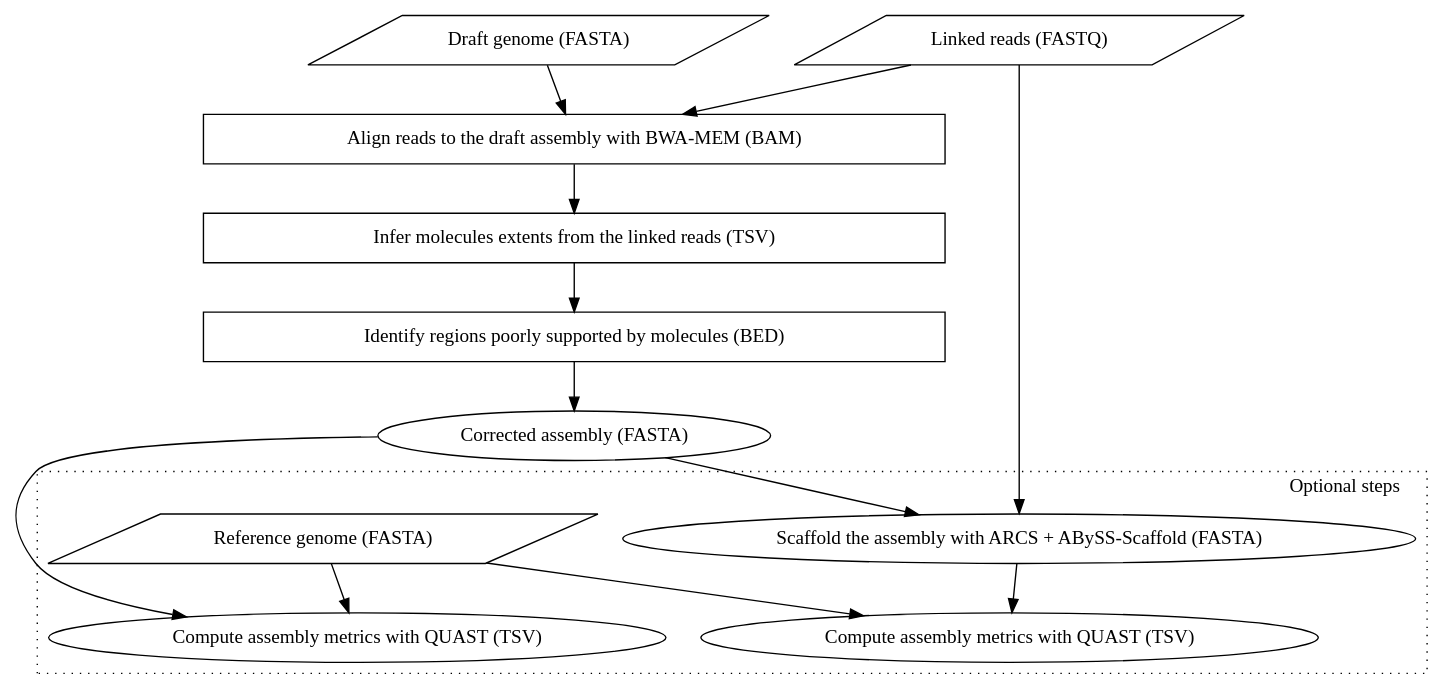
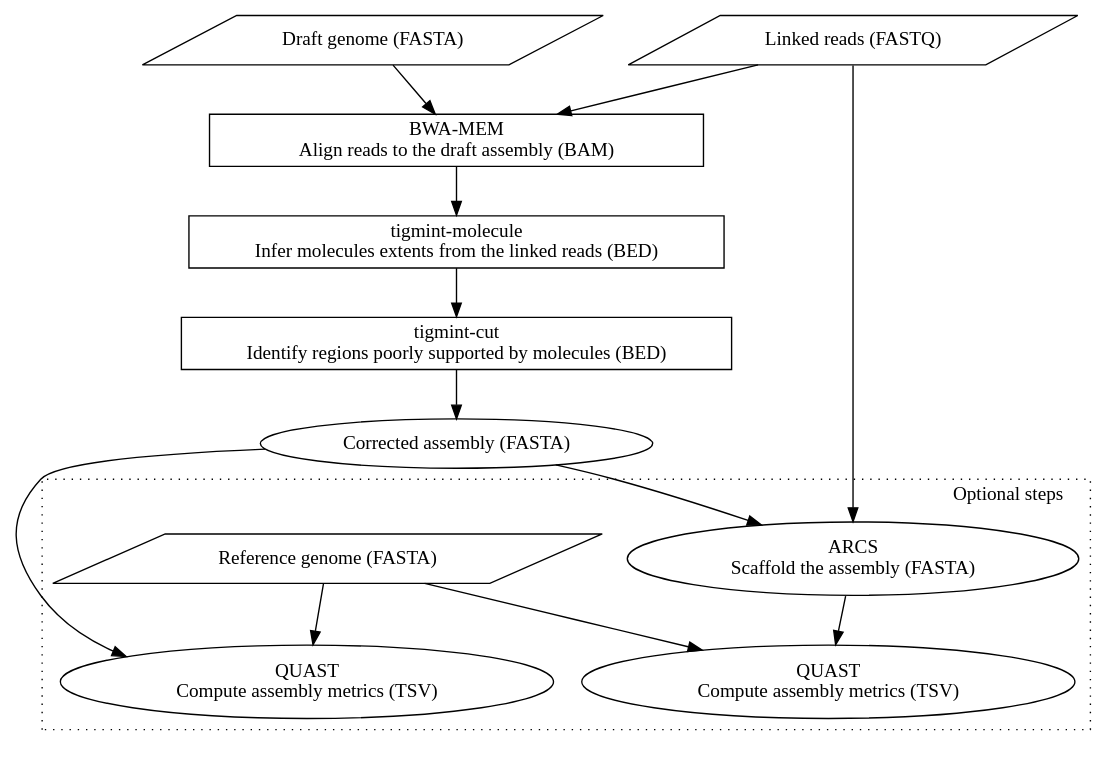
Before and after one commit to bcgsc/tigmint: the diagram in pipeline.gv, drawn with Graphviz.

```diff
--- a/pipeline.gv
+++ b/pipeline.gv
@@ -1,42 +1,42 @@
 digraph {
 	node [shape="rectangle"]
 
 	reads [label="Linked reads (FASTQ)", shape="parallelogram"]
 	draft [label="Draft genome (FASTA)", shape="parallelogram"]
 
 	subgraph {
-		node [width=7.5]
+		node [width=5]
 
-		map [label="Align reads to the draft assembly with BWA-MEM (BAM)"]
-		molecules [label="Infer molecules extents from the linked reads (TSV)"]
-		breakpoints [label="Identify regions poorly supported by molecules (BED)"]
+		map [label="BWA-MEM\nAlign reads to the draft assembly (BAM)"]
+		molecules [label="tigmint-molecule\nInfer molecules extents from the linked reads (BED)"]
+		breakpoints [label="tigmint-cut\nIdentify regions poorly supported by molecules (BED)"]
 	}
 
 	tigs [label="Corrected assembly (FASTA)", shape="ellipse"]
 
 	subgraph cluster_optional {
 		graph [label="Optional steps", labeljust="r", style=dotted]
 
 		reference [label="Reference genome (FASTA)", shape="parallelogram"]
 
-		tigs_metrics [label="Compute assembly metrics with QUAST (TSV)", shape="ellipse"]
+		tigs_metrics [label="QUAST\nCompute assembly metrics (TSV)", shape="ellipse"]
 
-		scaffold [label="Scaffold the assembly with ARCS + ABySS-Scaffold (FASTA)", shape="ellipse"]
-		scaffold_metrics [label="Compute assembly metrics with QUAST (TSV)", shape="ellipse"]
+		scaffold [label="ARCS\nScaffold the assembly (FASTA)", shape="ellipse"]
+		scaffold_metrics [label="QUAST\nCompute assembly metrics (TSV)", shape="ellipse"]
 	}
 
 	reads -> map
 	draft -> map
 	map -> molecules
 	molecules -> breakpoints
 	breakpoints -> tigs
 
 	reference -> tigs_metrics
 	tigs -> tigs_metrics
 
 	tigs -> scaffold
 	reads -> scaffold
 
 	reference -> scaffold_metrics
 	scaffold -> scaffold_metrics
 }
```
